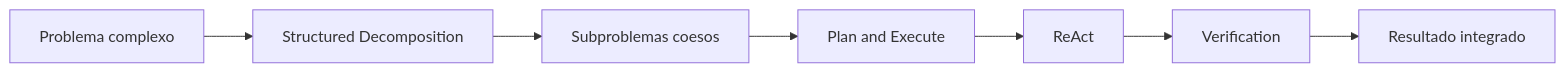
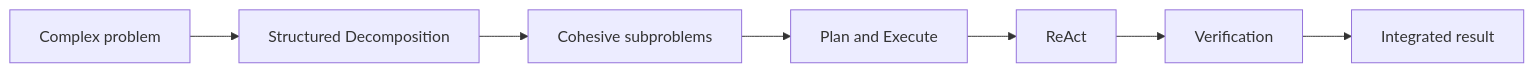
One commit to rpelizza/PelizzAI changed the second of 6 diagrams in .claude/skills/pelizzai-reasoning/techniques/structured-decomposition.md. Above: the diagram before and after it, drawn with Mermaid. The commit also changed other lines of this file and 362 other files, not shown here.

````diff
--- a/.claude/skills/pelizzai-reasoning/techniques/structured-decomposition.md
+++ b/.claude/skills/pelizzai-reasoning/techniques/structured-decomposition.md
@@ -85,9 +85,9 @@
 ```mermaid
 flowchart LR
-    A[Problema complexo] --> B[Structured Decomposition]
-    B --> C[Subproblemas coesos]
+    A[Complex problem] --> B[Structured Decomposition]
+    B --> C[Cohesive subproblems]
     C --> D[Plan and Execute]
     D --> E[ReAct]
     E --> F[Verification]
-    F --> G[Resultado integrado]
+    F --> G[Integrated result]
 ```
````
